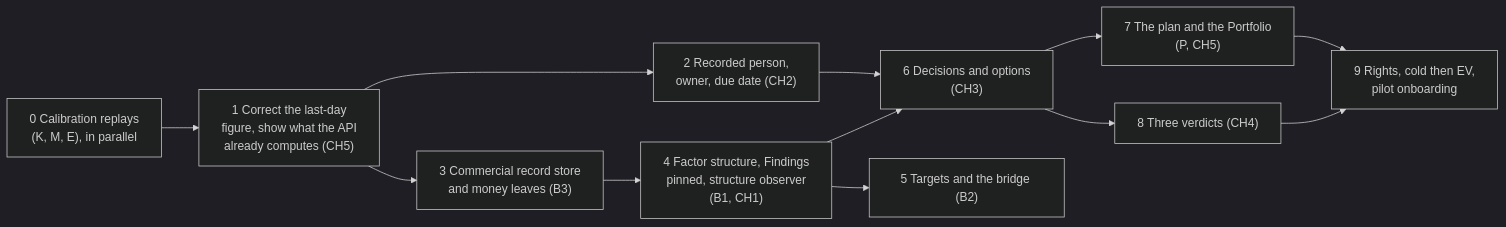
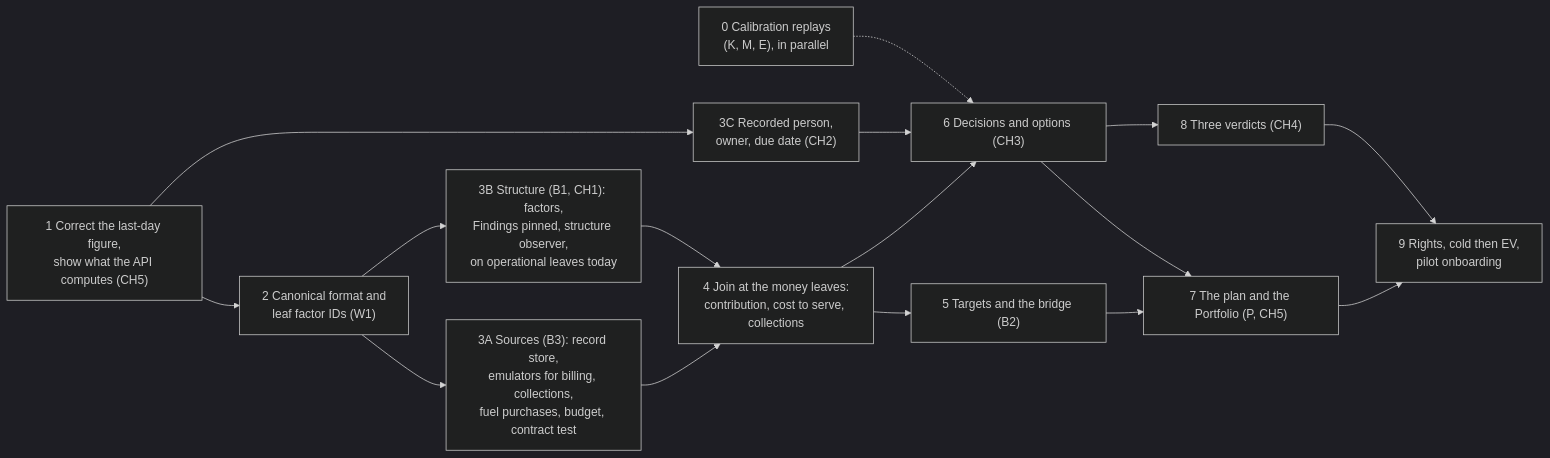
Before and after one commit to bineyame/AssetOpsV1: diagram 11 of 11 in Docs/demo-sprint/product-direction-layer4/layer4-transformation-design.md, drawn with Mermaid (dark theme). The commit also changed other lines of this file and 3 other files, not shown here.

````diff
--- a/Docs/demo-sprint/product-direction-layer4/layer4-transformation-design.md
+++ b/Docs/demo-sprint/product-direction-layer4/layer4-transformation-design.md
@@ -599,12 +606,19 @@
 ```mermaid
 flowchart LR
-  S0["0 Calibration replays<br/>(K, M, E), in parallel"] --> S1["1 Correct the last-day<br/>figure, show what the API<br/>already computes (CH5)"]
-  S1 --> S2["2 Recorded person,<br/>owner, due date (CH2)"]
-  S1 --> S3["3 Commercial record store<br/>and money leaves (B3)"]
-  S2 --> S6
-  S3 --> S4["4 Factor structure, Findings<br/>pinned, structure observer<br/>(B1, CH1)"] --> S5["5 Targets and the bridge (B2)"]
-  S4 --> S6["6 Decisions and options<br/>(CH3)"] --> S7["7 The plan and the Portfolio<br/>(P, CH5)"]
-  S6 --> S8["8 Three verdicts (CH4)"]
-  S7 --> S9["9 Rights, cold then EV,<br/>pilot onboarding"]
-  S8 --> S9
+  S0["0 Calibration replays<br/>(K, M, E), in parallel"]
+  S1["1 Correct the last-day figure,<br/>show what the API computes (CH5)"] --> S2["2 Canonical format and<br/>leaf factor IDs (W1)"]
+  S2 --> LA["3A Sources (B3): record store,<br/>emulators for billing, collections,<br/>fuel purchases, budget, contract test"]
+  S2 --> LB["3B Structure (B1, CH1): factors,<br/>Findings pinned, structure observer,<br/>on operational leaves today"]
+  S1 --> PC["3C Recorded person,<br/>owner, due date (CH2)"]
+  LA --> J["4 Join at the money leaves:<br/>contribution, cost to serve, collections"]
+  LB --> J
+  J --> T["5 Targets and the bridge (B2)"]
+  J --> D["6 Decisions and options (CH3)"]
+  PC --> D
+  D --> P["7 The plan and the Portfolio (P, CH5)"]
+  D --> V["8 Three verdicts (CH4)"]
+  T --> P
+  P --> R["9 Rights, cold then EV,<br/>pilot onboarding"]
+  V --> R
+  S0 -.-> D
 ```
````
